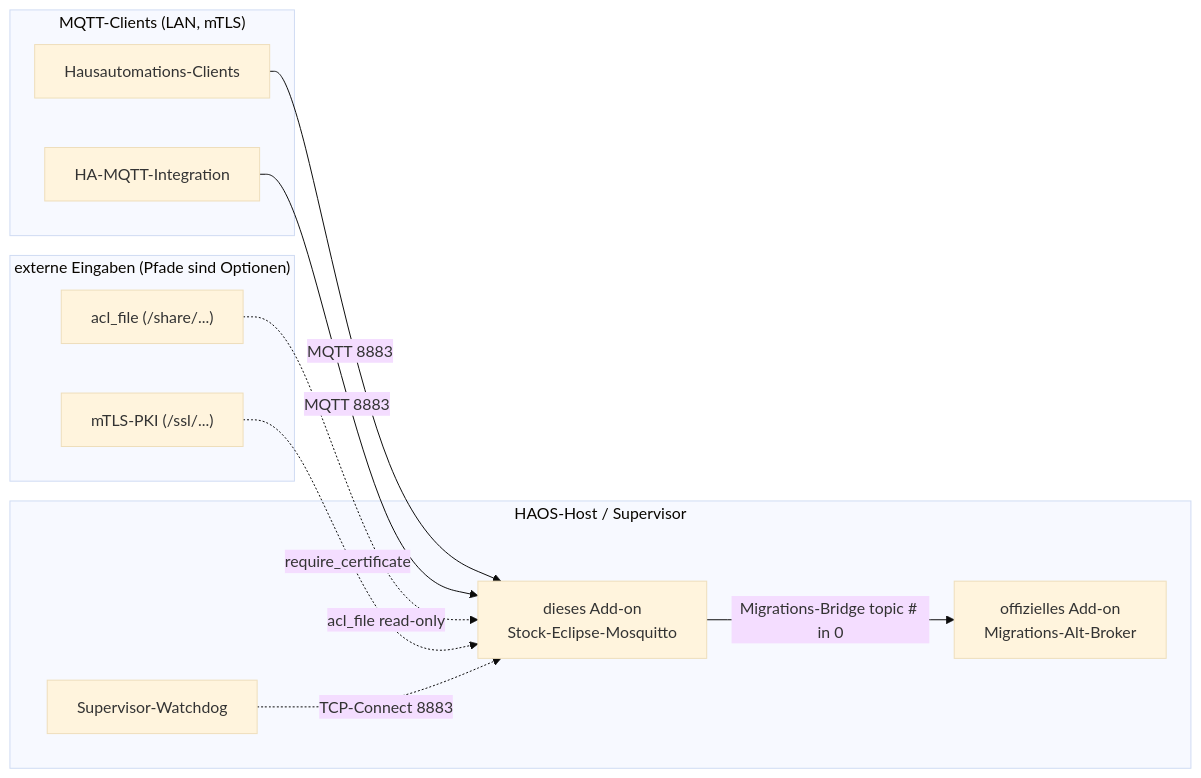
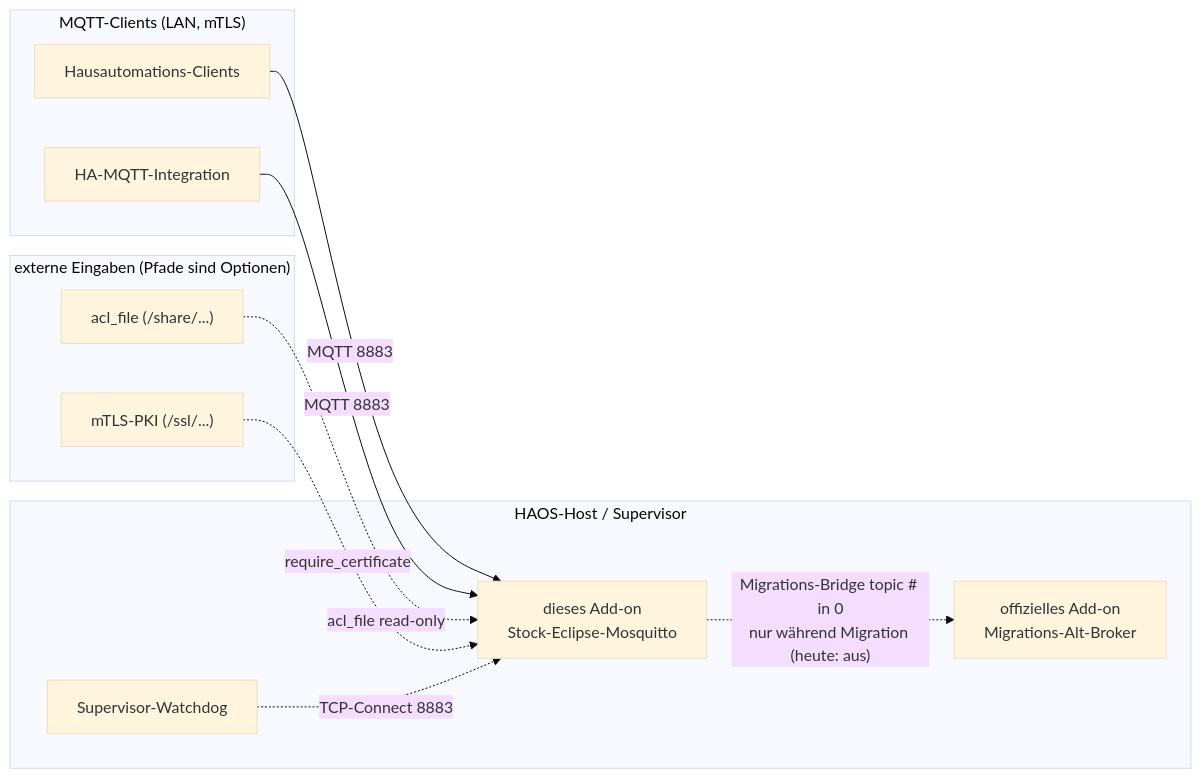
One commit to BortDeveloper/addon-mosquitto-standalone changed the diagram in README.de.md. Above: the diagram before and after it, drawn with Mermaid (base theme). The commit also changed other lines of this file and 1 other file, not shown here.

First line of the commit message:
docs: align EN/DE README pair — dashed migration-bridge edge, DE status section

````diff
--- a/README.de.md
+++ b/README.de.md
@@ -75,25 +75,25 @@
 ```mermaid
 flowchart LR
     subgraph clients["MQTT-Clients (LAN, mTLS)"]
         c1["Hausautomations-Clients"]
         haint["HA-MQTT-Integration"]
     end
 
     subgraph haos["HAOS-Host / Supervisor"]
         addon["dieses Add-on<br/>Stock-Eclipse-Mosquitto"]
         watchdog["Supervisor-Watchdog"]
         official["offizielles Add-on<br/>Migrations-Alt-Broker"]
     end
 
     subgraph ext["externe Eingaben (Pfade sind Optionen)"]
         acl["acl_file (/share/...)"]
         pki["mTLS-PKI (/ssl/...)"]
     end
 
     c1 -->|"MQTT 8883"| addon
     haint -->|"MQTT 8883"| addon
     acl -.->|"acl_file read-only"| addon
     pki -.->|"require_certificate"| addon
     watchdog -.->|"TCP-Connect 8883"| addon
-    addon -->|"Migrations-Bridge topic # in 0"| official
+    addon -.->|"Migrations-Bridge topic # in 0<br/>nur während Migration (heute: aus)"| official
 ```
````
